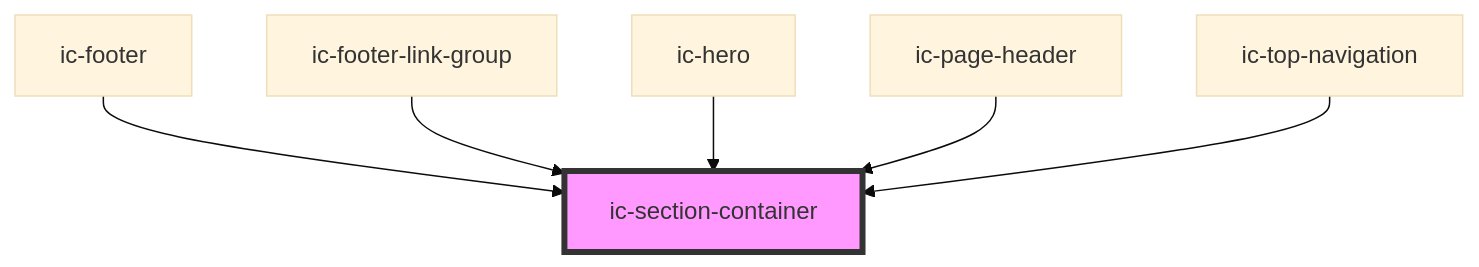
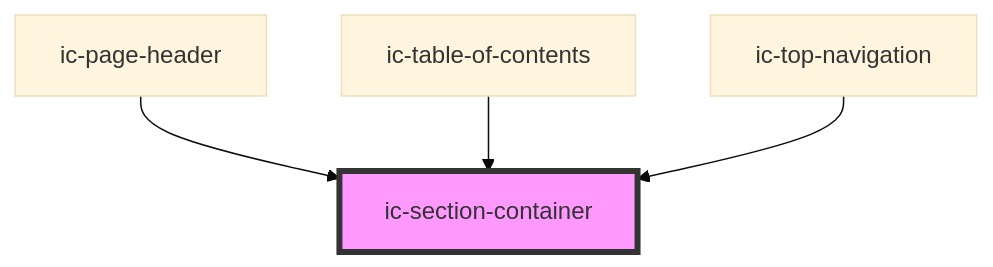
Before and after one commit to mi6/ic-ui-kit: the diagram in packages/web-components/src/components/ic-section-container/readme.md, drawn with Mermaid (base theme). The commit also changed other lines of this file and 19 other files, not shown here.

````diff
--- a/packages/web-components/src/components/ic-section-container/readme.md
+++ b/packages/web-components/src/components/ic-section-container/readme.md
@@ -27,9 +25,7 @@
 ```mermaid
 graph TD;
-  ic-footer --> ic-section-container
-  ic-footer-link-group --> ic-section-container
-  ic-hero --> ic-section-container
   ic-page-header --> ic-section-container
+  ic-table-of-contents --> ic-section-container
   ic-top-navigation --> ic-section-container
   style ic-section-container fill:#f9f,stroke:#333,stroke-width:4px
 ```
````
